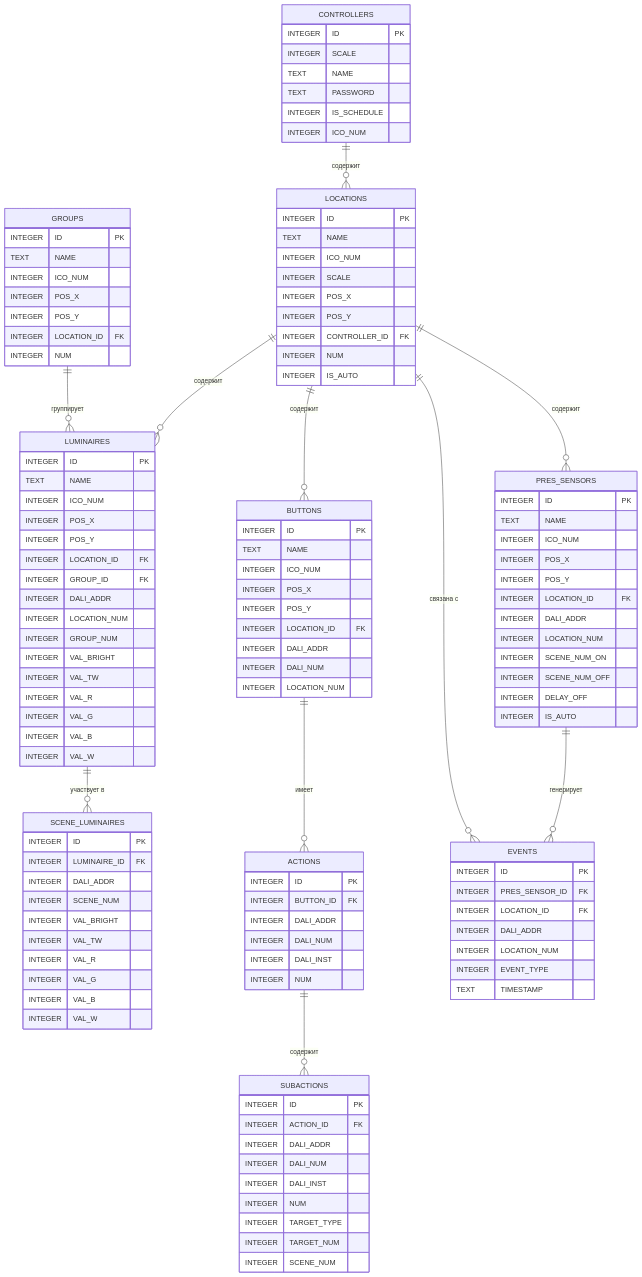
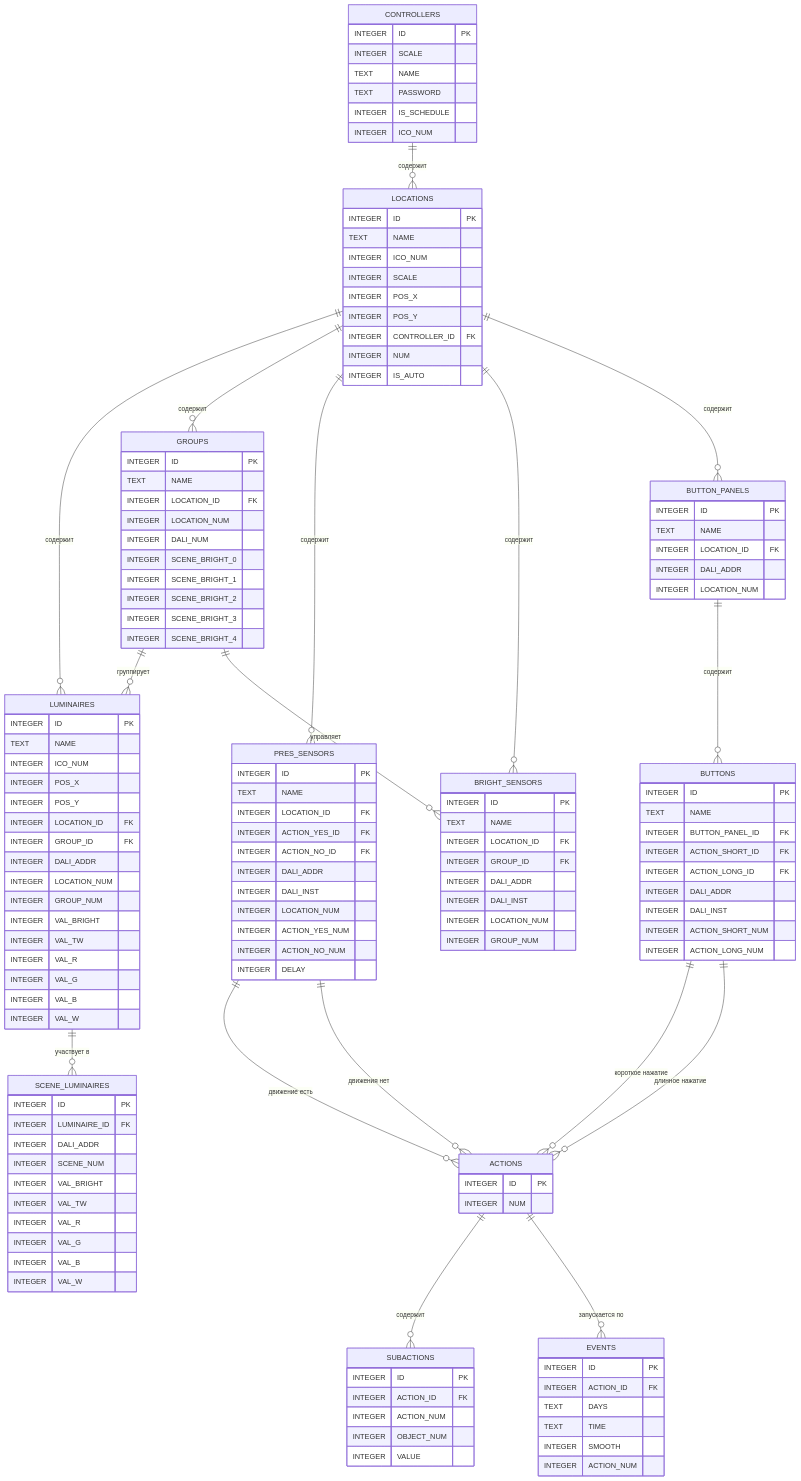
One commit to KhudyakovAlex/Synapse changed the diagram in PDS/SynapsePDS_DB_scheme.md. Above: the diagram before and after it, drawn with Mermaid. The commit also changed 4 other files, not shown here.

Commit message:
справлена схема : добавлены BUTTON_PANELS, BRIGHT_SENSORS, исправлены связи

````diff
--- a/PDS/SynapsePDS_DB_scheme.md
+++ b/PDS/SynapsePDS_DB_scheme.md
@@ -10,14 +10,20 @@
 erDiagram
     CONTROLLERS ||--o{ LOCATIONS : "содержит"
     LOCATIONS ||--o{ LUMINAIRES : "содержит"
+    LOCATIONS ||--o{ GROUPS : "содержит"
     LOCATIONS ||--o{ PRES_SENSORS : "содержит"
-    LOCATIONS ||--o{ BUTTONS : "содержит"
+    LOCATIONS ||--o{ BRIGHT_SENSORS : "содержит"
+    LOCATIONS ||--o{ BUTTON_PANELS : "содержит"
     GROUPS ||--o{ LUMINAIRES : "группирует"
+    GROUPS ||--o{ BRIGHT_SENSORS : "управляет"
     LUMINAIRES ||--o{ SCENE_LUMINAIRES : "участвует в"
-    BUTTONS ||--o{ ACTIONS : "имеет"
+    BUTTON_PANELS ||--o{ BUTTONS : "содержит"
+    BUTTONS ||--o{ ACTIONS : "короткое нажатие"
+    BUTTONS ||--o{ ACTIONS : "длинное нажатие"
+    PRES_SENSORS ||--o{ ACTIONS : "движение есть"
+    PRES_SENSORS ||--o{ ACTIONS : "движения нет"
     ACTIONS ||--o{ SUBACTIONS : "содержит"
-    PRES_SENSORS ||--o{ EVENTS : "генерирует"
-    LOCATIONS ||--o{ EVENTS : "связана с"
+    ACTIONS ||--o{ EVENTS : "запускается по"
 
     CONTROLLERS {
         INTEGER ID PK
@@ -75,68 +81,80 @@
     GROUPS {
         INTEGER ID PK
         TEXT NAME
-        INTEGER ICO_NUM
-        INTEGER POS_X
-        INTEGER POS_Y
         INTEGER LOCATION_ID FK
-        INTEGER NUM
+        INTEGER LOCATION_NUM
+        INTEGER DALI_NUM
+        INTEGER SCENE_BRIGHT_0
+        INTEGER SCENE_BRIGHT_1
+        INTEGER SCENE_BRIGHT_2
+        INTEGER SCENE_BRIGHT_3
+        INTEGER SCENE_BRIGHT_4
     }
 
     PRES_SENSORS {
         INTEGER ID PK
         TEXT NAME
-        INTEGER ICO_NUM
-        INTEGER POS_X
-        INTEGER POS_Y
+        INTEGER LOCATION_ID FK
+        INTEGER ACTION_YES_ID FK
+        INTEGER ACTION_NO_ID FK
+        INTEGER DALI_ADDR
+        INTEGER DALI_INST
+        INTEGER LOCATION_NUM
+        INTEGER ACTION_YES_NUM
+        INTEGER ACTION_NO_NUM
+        INTEGER DELAY
+    }
+
+    BRIGHT_SENSORS {
+        INTEGER ID PK
+        TEXT NAME
+        INTEGER LOCATION_ID FK
+        INTEGER GROUP_ID FK
+        INTEGER DALI_ADDR
+        INTEGER DALI_INST
+        INTEGER LOCATION_NUM
+        INTEGER GROUP_NUM
+    }
+
+    BUTTON_PANELS {
+        INTEGER ID PK
+        TEXT NAME
         INTEGER LOCATION_ID FK
         INTEGER DALI_ADDR
         INTEGER LOCATION_NUM
-        INTEGER SCENE_NUM_ON
-        INTEGER SCENE_NUM_OFF
-        INTEGER DELAY_OFF
-        INTEGER IS_AUTO
     }
 
     BUTTONS {
         INTEGER ID PK
         TEXT NAME
-        INTEGER ICO_NUM
-        INTEGER POS_X
-        INTEGER POS_Y
-        INTEGER LOCATION_ID FK
+        INTEGER BUTTON_PANEL_ID FK
+        INTEGER ACTION_SHORT_ID FK
+        INTEGER ACTION_LONG_ID FK
         INTEGER DALI_ADDR
-        INTEGER DALI_NUM
-        INTEGER LOCATION_NUM
+        INTEGER DALI_INST
+        INTEGER ACTION_SHORT_NUM
+        INTEGER ACTION_LONG_NUM
     }
 
     ACTIONS {
         INTEGER ID PK
-        INTEGER BUTTON_ID FK
-        INTEGER DALI_ADDR
-        INTEGER DALI_NUM
-        INTEGER DALI_INST
         INTEGER NUM
     }
 
     SUBACTIONS {
         INTEGER ID PK
         INTEGER ACTION_ID FK
-        INTEGER DALI_ADDR
-        INTEGER DALI_NUM
-        INTEGER DALI_INST
-        INTEGER NUM
-        INTEGER TARGET_TYPE
-        INTEGER TARGET_NUM
-        INTEGER SCENE_NUM
+        INTEGER ACTION_NUM
+        INTEGER OBJECT_NUM
+        INTEGER VALUE
     }
 
     EVENTS {
         INTEGER ID PK
-        INTEGER PRES_SENSOR_ID FK
-        INTEGER LOCATION_ID FK
-        INTEGER DALI_ADDR
-        INTEGER LOCATION_NUM
-        INTEGER EVENT_TYPE
-        TEXT TIMESTAMP
+        INTEGER ACTION_ID FK
+        TEXT DAYS
+        TEXT TIME
+        INTEGER SMOOTH
+        INTEGER ACTION_NUM
     }
 ```
````
